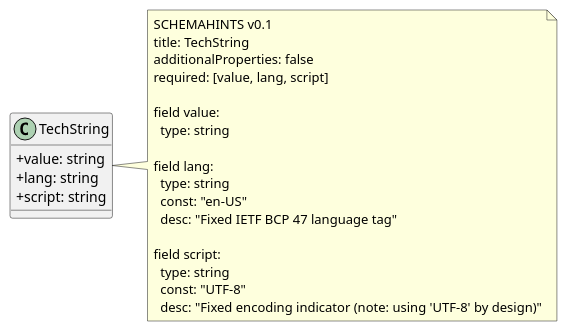
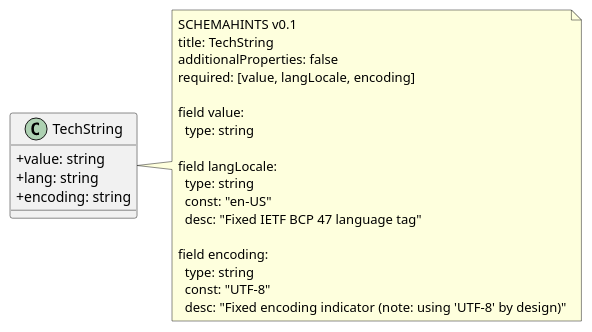
One commit to decentralized-identity/hatpro-schema-temp changed the diagram in packages/core/puml/commonLib/TechString.puml. Above: the diagram before and after it, drawn with PlantUML. The commit also changed 81 other files, not shown here.

```diff
--- a/packages/core/puml/commonLib/TechString.puml
+++ b/packages/core/puml/commonLib/TechString.puml
@@ -2,30 +2,30 @@
 @startuml
 skinparam classAttributeIconSize 0
 
 class TechString {
   +value: string
   +lang: string
-  +script: string
+  +encoding: string
 }
 
 note right of TechString
 SCHEMAHINTS v0.1
 title: TechString
 additionalProperties: false
-required: [value, lang, script]
+required: [value, langLocale, encoding]
 
 field value:
   type: string
 
-field lang:
+field langLocale:
   type: string
   const: "en-US"
   desc: "Fixed IETF BCP 47 language tag"
 
-field script:
+field encoding:
   type: string
   const: "UTF-8"
   desc: "Fixed encoding indicator (note: using 'UTF-8' by design)"
 end note
 
 @enduml
```
